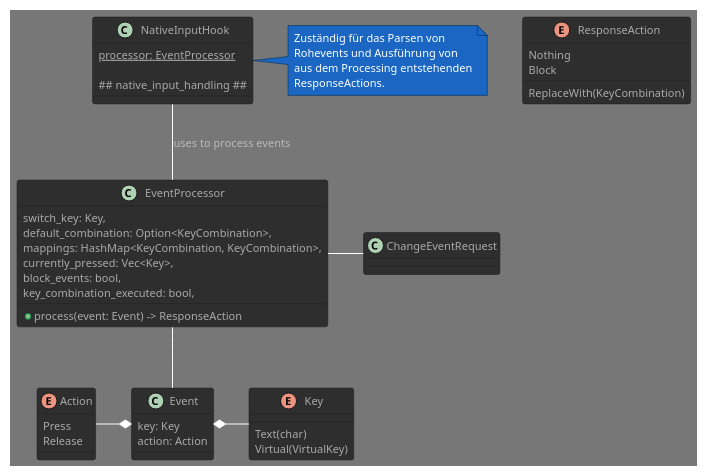
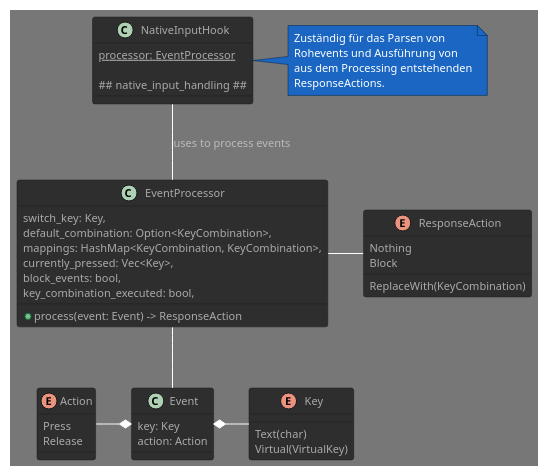
Before and after one commit to marchaen/another-keyboard-layer: the second of 6 diagrams in README.adoc, drawn with PlantUML. The commit also changed other lines of this file and 2 other files, not shown here.

```diff
--- a/README.adoc
+++ b/README.adoc
@@ -70,58 +170,58 @@
 [plantuml, target="keyboard-input-event-abstraction", format=svg]
 ....
 @startuml
 !theme reddress-darkblue
 
 enum Key {
     Text(char)
     Virtual(VirtualKey)
 }
 
 enum Action {
     Press
     Release
 }
 
 class Event {
     key: Key
     action: Action
 }
 
 enum ResponseAction {
     Nothing
     Block
     ReplaceWith(KeyCombination)
 }
 
 class EventProcessor {
     switch_key: Key,
     default_combination: Option<KeyCombination>,
     mappings: HashMap<KeyCombination, KeyCombination>,
     currently_pressed: Vec<Key>,
     block_events: bool,
     key_combination_executed: bool,
     +process(event: Event) -> ResponseAction
 }
 
 class NativeInputHook {
     {static} processor: EventProcessor
 
     ## native_input_handling ##
 
 }
 
 note right of NativeInputHook
 Zuständig für das Parsen von
 Rohevents und Ausführung von
 aus dem Processing entstehenden
 ResponseActions.
 end note
 
 Event *- Key
 Action -* Event
-EventProcessor - ChangeEventRequest
+EventProcessor - ResponseAction
 EventProcessor -- Event
 NativeInputHook -- EventProcessor : uses to process events
 
 @enduml
 ....
```
